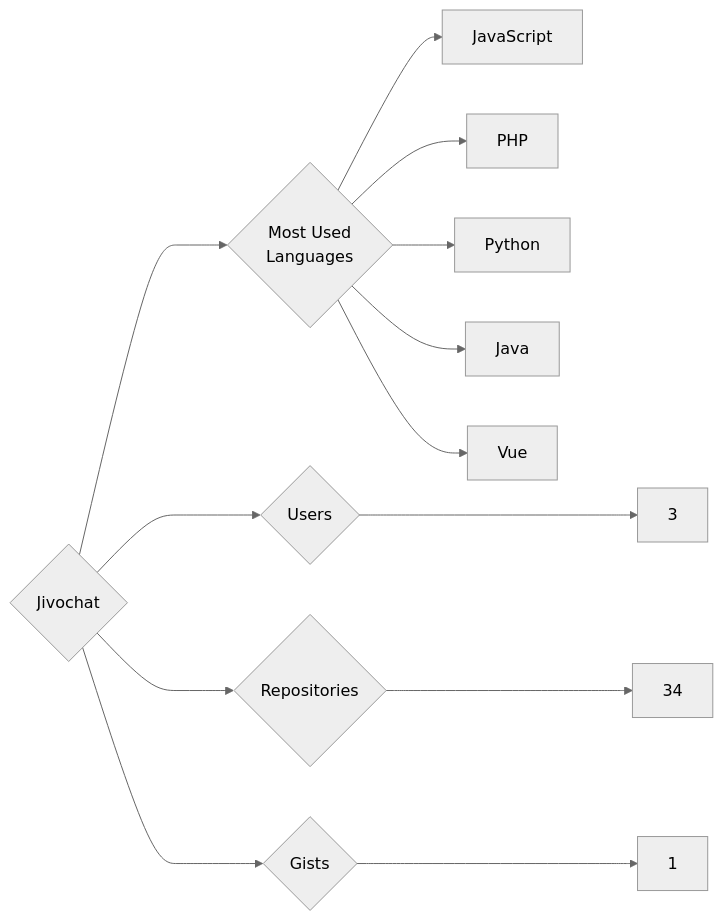
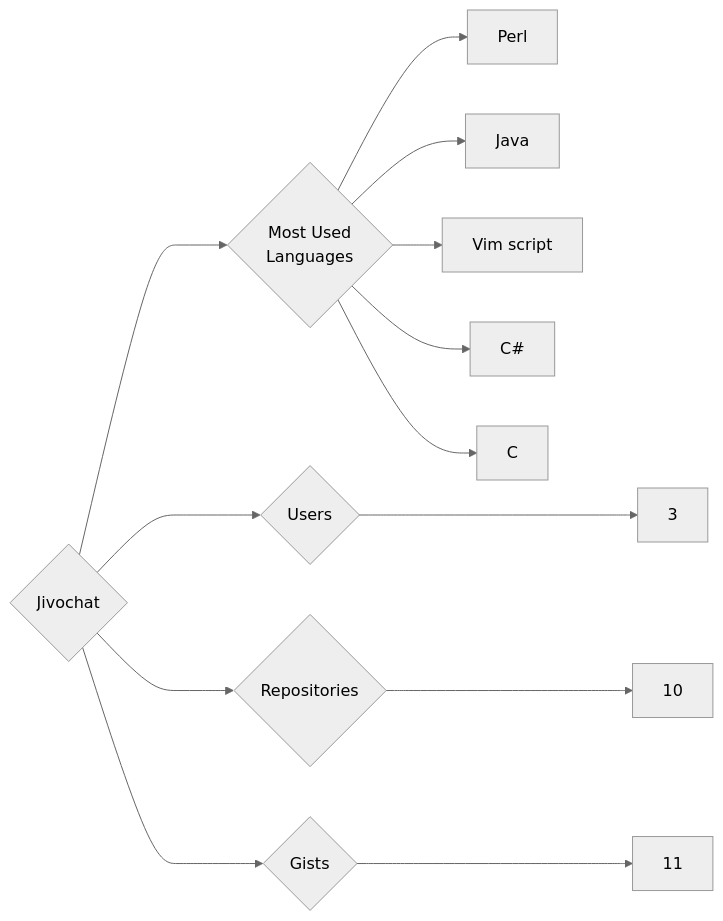
One commit to trickest/insiders changed the diagram in targets/Jivochat/README.md. Above: the diagram before and after it, drawn with Mermaid (neutral theme). The commit also changed 944 other files, not shown here.

````diff
--- a/targets/Jivochat/README.md
+++ b/targets/Jivochat/README.md
@@ -3,13 +3,13 @@
 ```mermaid
 graph LR
 COMPANY_NAME{Jivochat}
 COMPANY_NAME ---> U{Users} ---> UN[3]
-COMPANY_NAME ---> R{Repositories} ---> RN[34]
-COMPANY_NAME ---> G{Gists} ---> GN[1]
+COMPANY_NAME ---> R{Repositories} ---> RN[10]
+COMPANY_NAME ---> G{Gists} ---> GN[11]
 COMPANY_NAME ---> ML{Most Used<br>Languages}
-ML --> JavaScript[JavaScript]
-ML --> PHP[PHP]
-ML --> Python[Python]
+ML --> Perl[Perl]
 ML --> Java[Java]
-ML --> Vue[Vue]
+ML --> Vim_script[Vim script]
+ML --> C#[C#]
+ML --> C[C]
 ```
````
